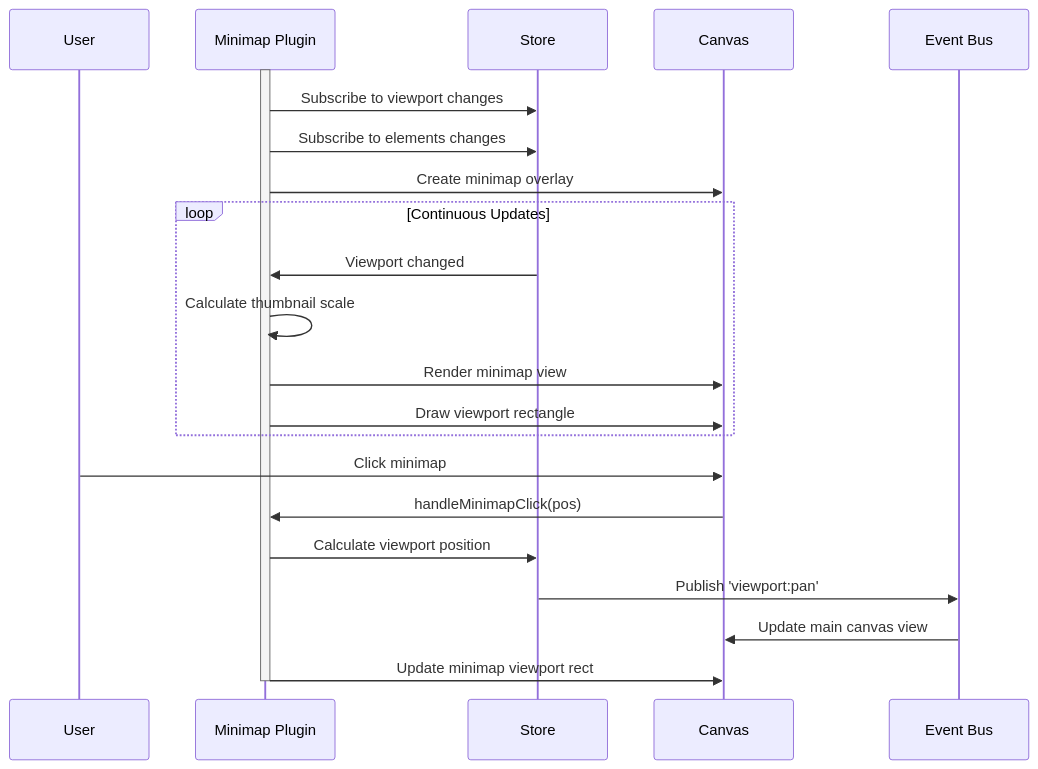
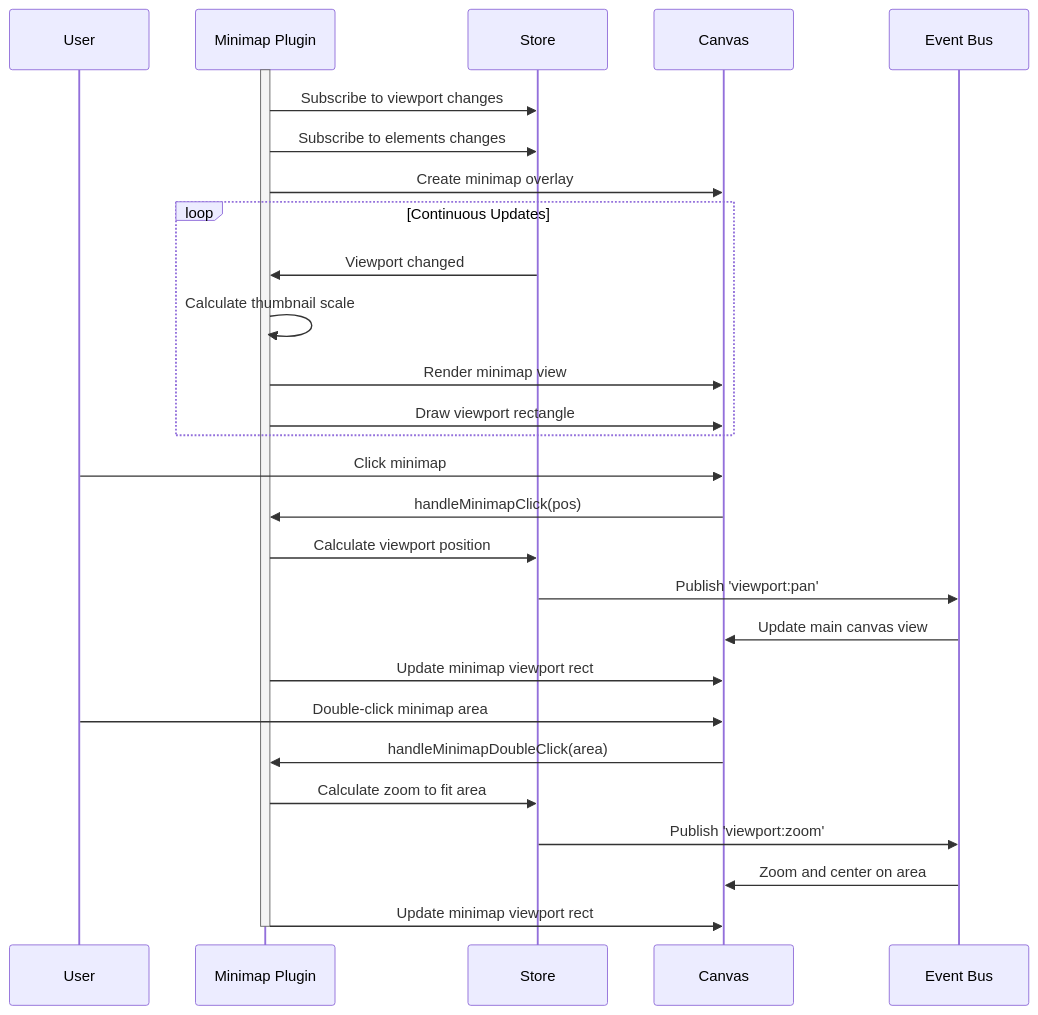
Before and after one commit to ekrsulov/ttpe: the diagram in doc/docs/plugins/catalog/minimap.md, drawn with Mermaid. The commit also changed other lines of this file and 2 other files, not shown here.

Commit message:
docs: add minimap double-click zoom and create path operations plugin documentation

````diff
--- a/doc/docs/plugins/catalog/minimap.md
+++ b/doc/docs/plugins/catalog/minimap.md
@@ -21,29 +22,36 @@
 ```mermaid
 sequenceDiagram
     participant User
     participant MM as Minimap Plugin
     participant Store
     participant Canvas
     participant EB as Event Bus
     
     activate MM
     MM->>Store: Subscribe to viewport changes
     MM->>Store: Subscribe to elements changes
     MM->>Canvas: Create minimap overlay
     
     loop Continuous Updates
         Store->>MM: Viewport changed
         MM->>MM: Calculate thumbnail scale
         MM->>Canvas: Render minimap view
         MM->>Canvas: Draw viewport rectangle
     end
     
     User->>Canvas: Click minimap
     Canvas->>MM: handleMinimapClick(pos)
     MM->>Store: Calculate viewport position
     Store->>EB: Publish 'viewport:pan'
     EB->>Canvas: Update main canvas view
     MM->>Canvas: Update minimap viewport rect
     
+    User->>Canvas: Double-click minimap area
+    Canvas->>MM: handleMinimapDoubleClick(area)
+    MM->>Store: Calculate zoom to fit area
+    Store->>EB: Publish 'viewport:zoom'
+    EB->>Canvas: Zoom and center on area
+    MM->>Canvas: Update minimap viewport rect
+    
     deactivate MM
 ```
````
